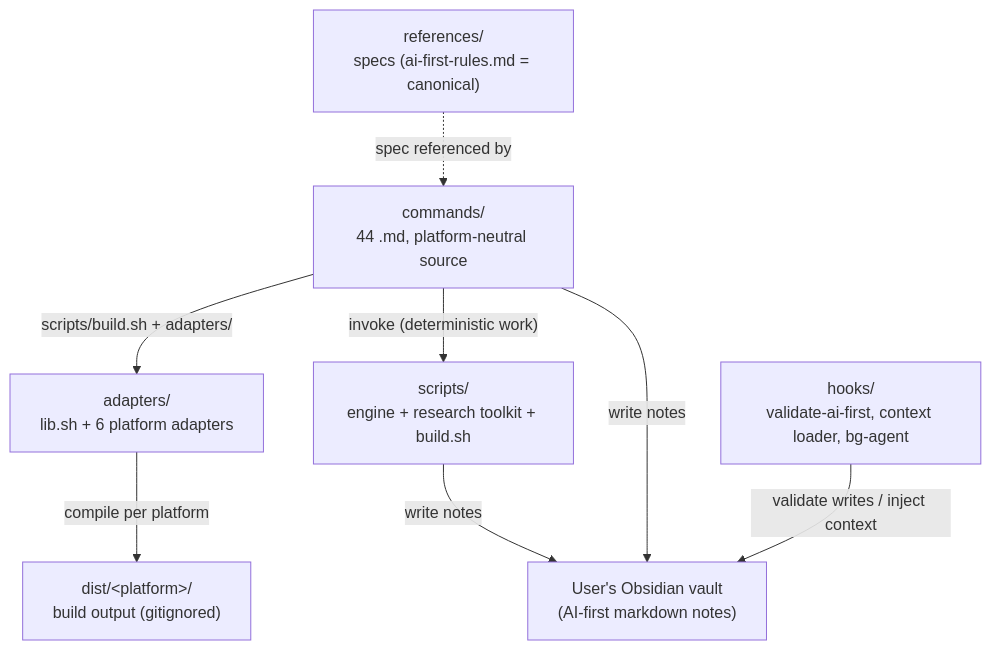
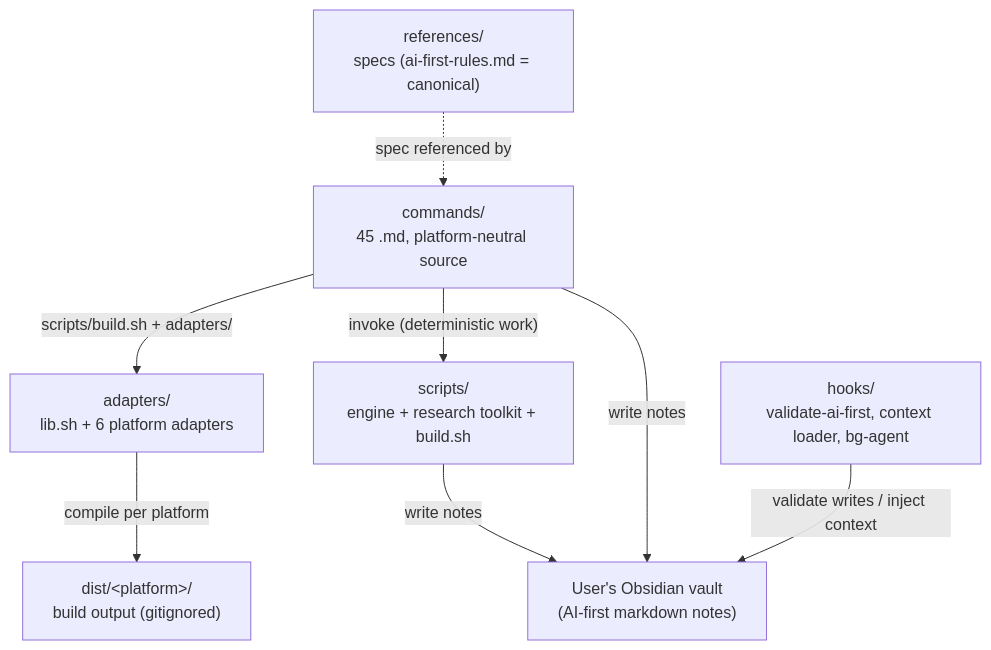
The diagram in architecture.md (stjordanis/obsidian-second-brain), drawn with Mermaid before and after one commit. The commit also changed other lines of this file and 15 other files, not shown here.

````diff
--- a/architecture.md
+++ b/architecture.md
@@ -71,18 +71,18 @@
 ```mermaid
 graph TD
   REF["references/<br/>specs (ai-first-rules.md = canonical)"]
-  CMD["commands/<br/>44 .md, platform-neutral source"]
+  CMD["commands/<br/>45 .md, platform-neutral source"]
   SCR["scripts/<br/>engine + research toolkit + build.sh"]
   ADP["adapters/<br/>lib.sh + 6 platform adapters"]
   HK["hooks/<br/>validate-ai-first, context loader, bg-agent"]
   DIST["dist/&lt;platform&gt;/<br/>build output (gitignored)"]
   VAULT["User's Obsidian vault<br/>(AI-first markdown notes)"]
 
   REF -. spec referenced by .-> CMD
   CMD -- "scripts/build.sh + adapters/" --> ADP
   ADP -- "compile per platform" --> DIST
   CMD -- "invoke (deterministic work)" --> SCR
   SCR -- "write notes" --> VAULT
   CMD -- "write notes" --> VAULT
   HK -- "validate writes / inject context" --> VAULT
 ```
````
